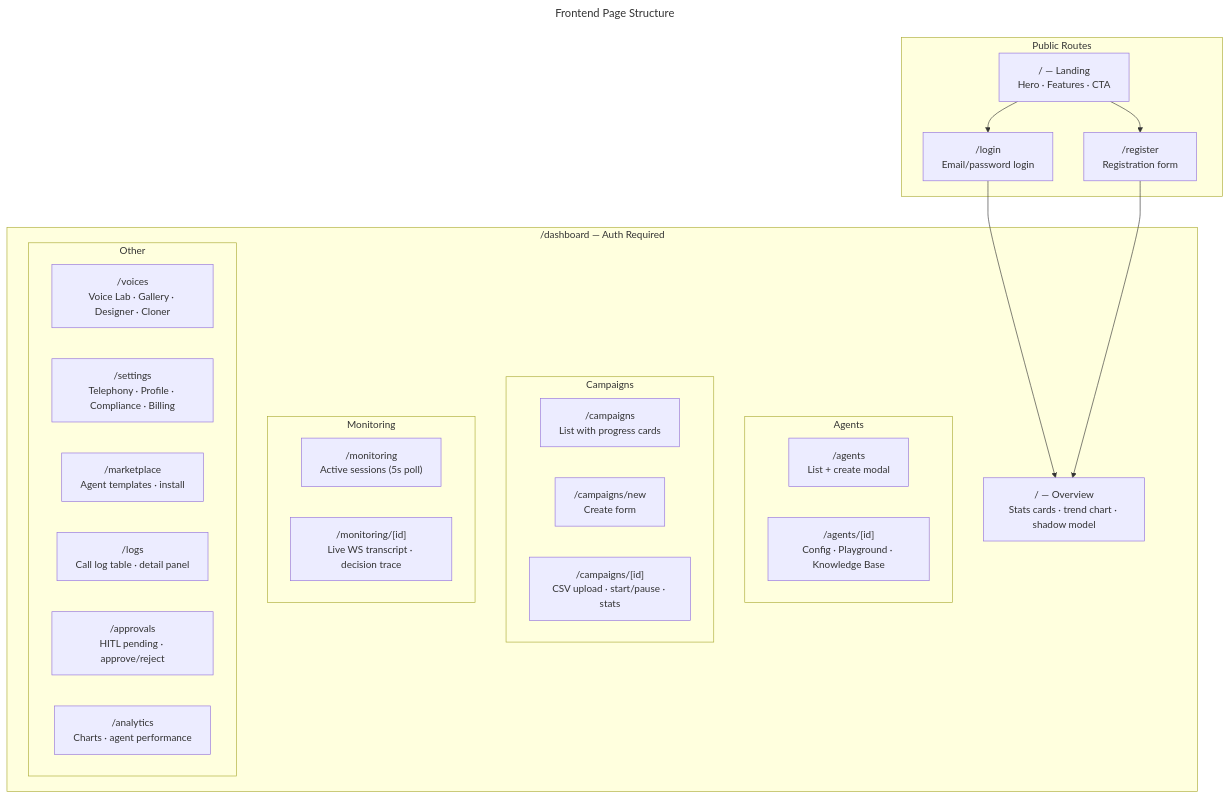
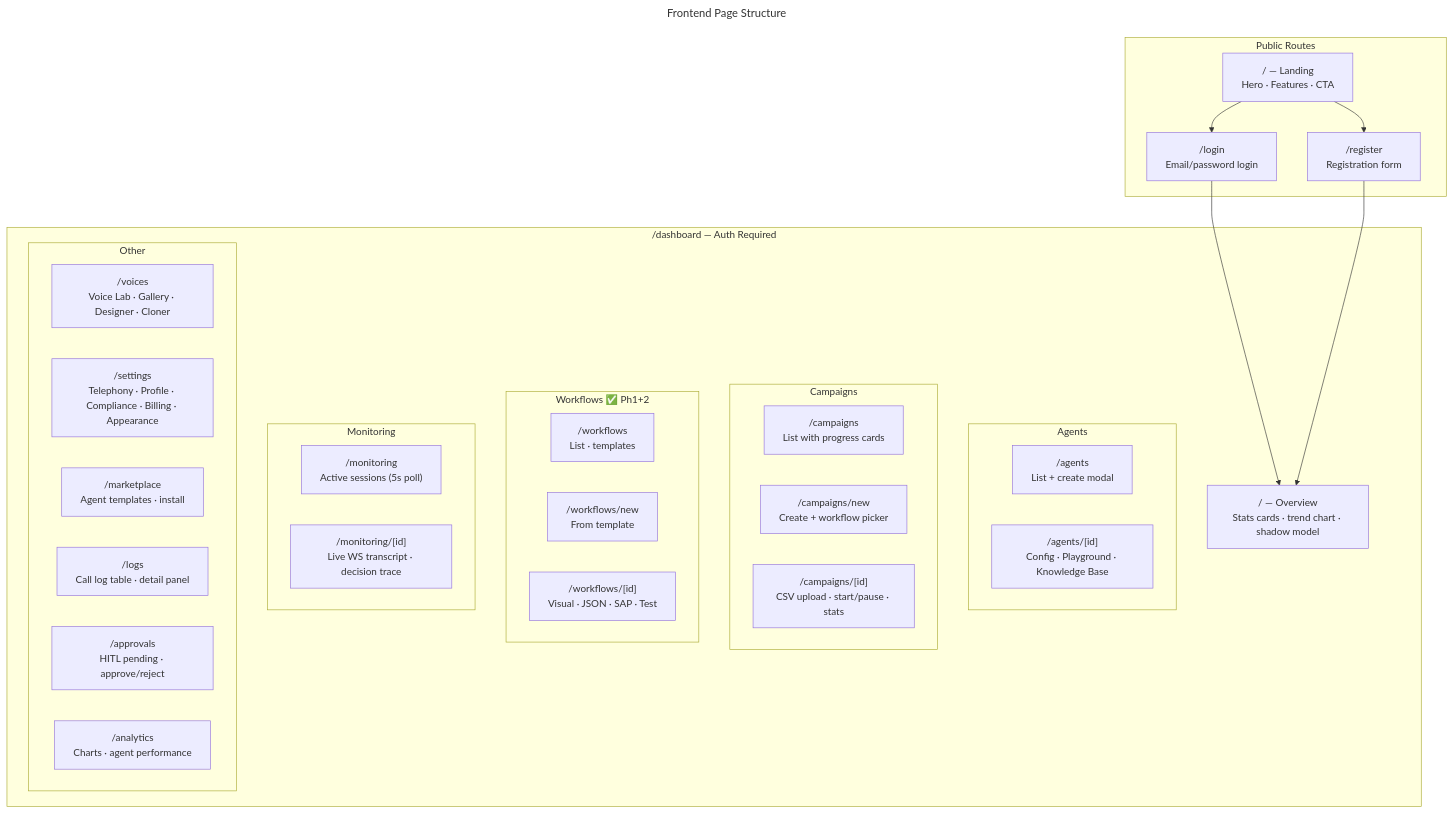
Before and after one commit to hameedsk381/voice-agents: the fourth of 7 diagrams in ARCHITECTURE.md, drawn with Mermaid. The commit also changed other lines of this file and 456 other files, not shown here.

````diff
--- a/ARCHITECTURE.md
+++ b/ARCHITECTURE.md
@@ -246,45 +262,51 @@
 ```mermaid
 ---
 title: Frontend Page Structure
 ---
 graph TB
     subgraph Public ["Public Routes"]
         LANDING["/ — Landing\nHero · Features · CTA"]
         LOGIN["/login\nEmail/password login"]
         REGISTER["/register\nRegistration form"]
     end
 
     subgraph Dashboard ["/dashboard — Auth Required"]
         OVERVIEW["/ — Overview\nStats cards · trend chart · shadow model"]
         
         subgraph Agents ["Agents"]
             AGENTS["/agents\nList + create modal"]
             AGENT["/agents/[id]\nConfig · Playground · Knowledge Base"]
         end
 
         subgraph Campaigns ["Campaigns"]
             CAMP_LIST["/campaigns\nList with progress cards"]
-            CAMP_NEW["/campaigns/new\nCreate form"]
+            CAMP_NEW["/campaigns/new\nCreate + workflow picker"]
             CAMP_DETAIL["/campaigns/[id]\nCSV upload · start/pause · stats"]
+        end
+
+        subgraph Workflows ["Workflows ✅ Ph1+2"]
+            WF_LIST["/workflows\nList · templates"]
+            WF_NEW["/workflows/new\nFrom template"]
+            WF_EDIT["/workflows/[id]\nVisual · JSON · SAP · Test"]
         end
 
         subgraph Monitoring ["Monitoring"]
             MON_LIST["/monitoring\nActive sessions (5s poll)"]
             MON_SESSION["/monitoring/[id]\nLive WS transcript · decision trace"]
         end
 
         subgraph Misc ["Other"]
             VOICES["/voices\nVoice Lab · Gallery · Designer · Cloner"]
-            SETTINGS["/settings\nTelephony · Profile · Compliance · Billing"]
+            SETTINGS["/settings\nTelephony · Profile · Compliance · Billing · Appearance"]
             MARKETPLACE["/marketplace\nAgent templates · install"]
             LOGS["/logs\nCall log table · detail panel"]
             APPROVALS["/approvals\nHITL pending · approve/reject"]
             ANALYTICS["/analytics\nCharts · agent performance"]
         end
     end
 
     LANDING --> LOGIN
     LANDING --> REGISTER
     LOGIN --> OVERVIEW
     REGISTER --> OVERVIEW
 ```
````
